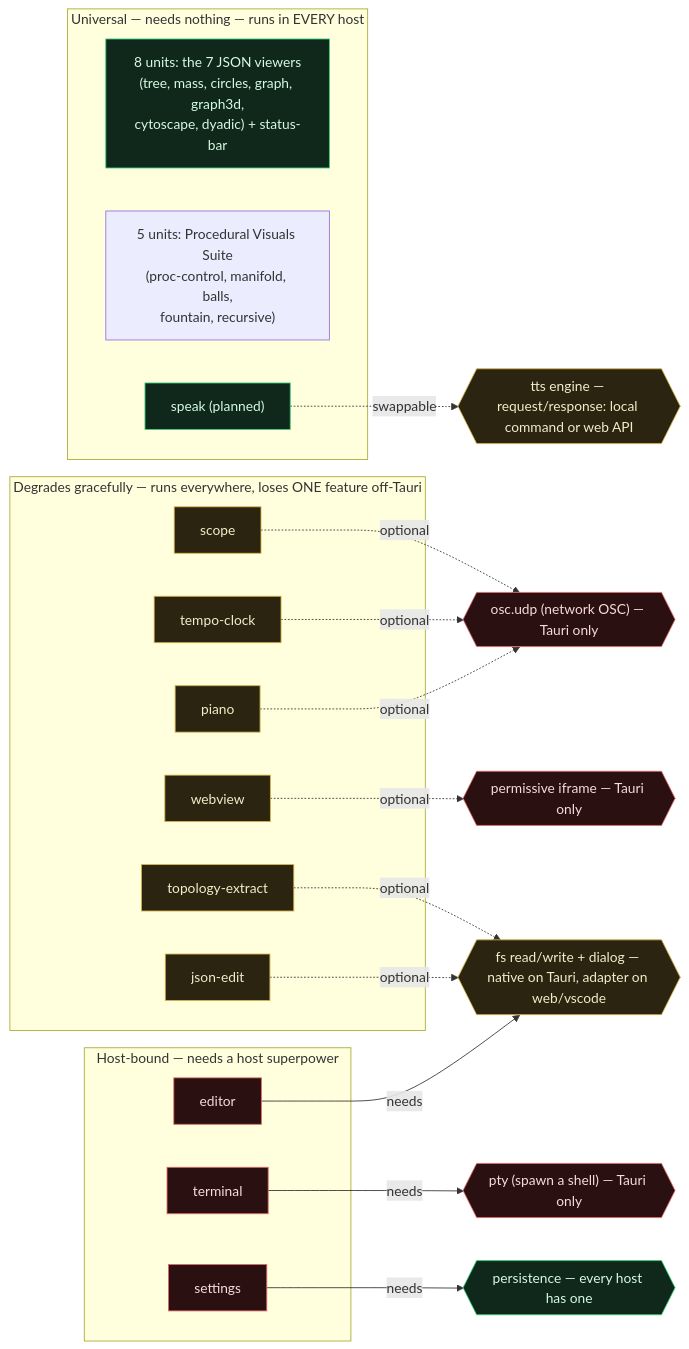
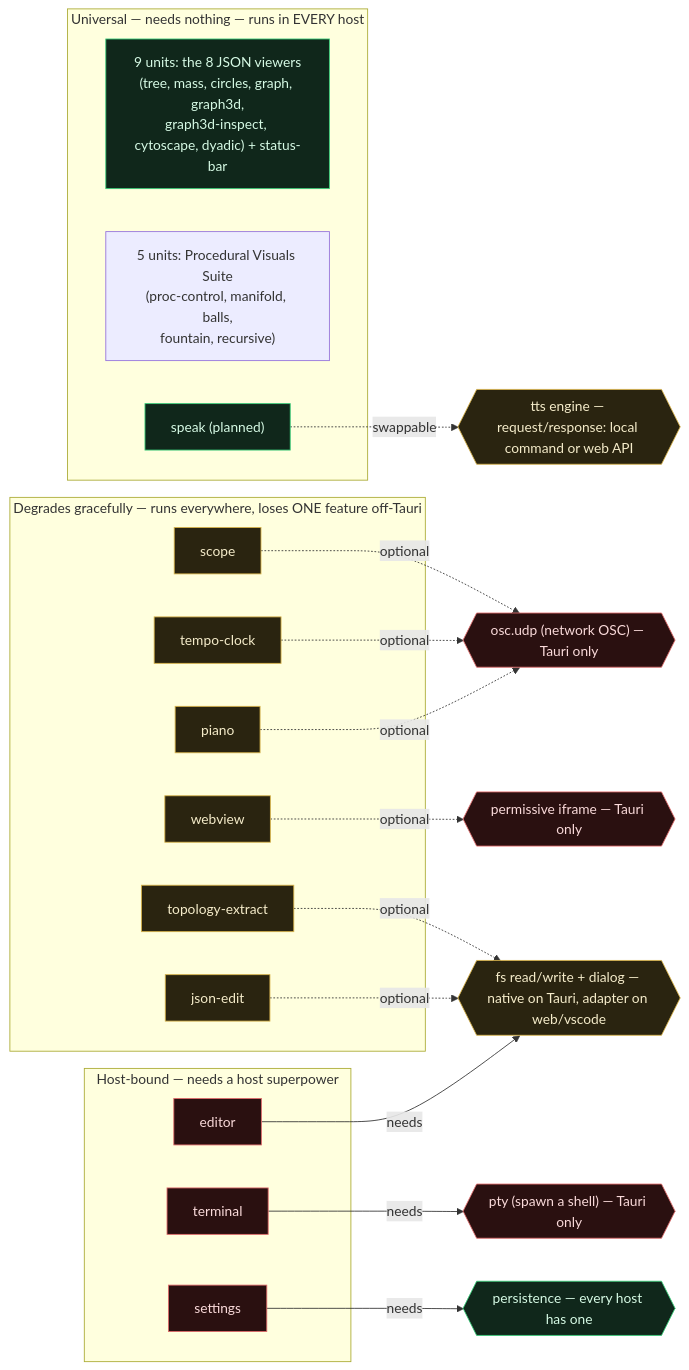
One commit to halapenyoharry/exoskeleton changed the diagram in docs/panel-capability-map.md. Above: the diagram before and after it, drawn with Mermaid. The commit also changed other lines of this file and 14 other files, not shown here.

Commit message:
feat: add json-graph3d-inspect (3D-Inspect) — text-sprite nodes, category colors, containment hulls; fix empty 'always' labels on TopoThink spokes in json-graph3d

````diff
--- a/docs/panel-capability-map.md
+++ b/docs/panel-capability-map.md
@@ -15,54 +15,54 @@
 ```mermaid
 flowchart LR
   subgraph PORTABLE["Universal — needs nothing — runs in EVERY host"]
-    U["8 units: the 7 JSON viewers<br/>(tree, mass, circles, graph, graph3d,<br/>cytoscape, dyadic) + status-bar"]
+    U["9 units: the 8 JSON viewers<br/>(tree, mass, circles, graph, graph3d,<br/>graph3d-inspect, cytoscape, dyadic) + status-bar"]
     Proc["5 units: Procedural Visuals Suite<br/>(proc-control, manifold, balls,<br/>fountain, recursive)"]
     Speak["speak (planned)"]
   end
 
   subgraph DEGRADE["Degrades gracefully — runs everywhere, loses ONE feature off-Tauri"]
     Piano["piano"]
     Clock["tempo-clock"]
     Scope["scope"]
     JsonEdit["json-edit"]
     Webview["webview"]
     TopoExtract["topology-extract"]
   end
 
   subgraph HOSTBOUND["Host-bound — needs a host superpower"]
     Terminal["terminal"]
     Editor["editor"]
     Settings["settings"]
   end
 
   PTY{{"pty (spawn a shell) — Tauri only"}}
   OSCUDP{{"osc.udp (network OSC) — Tauri only"}}
   IFRAME{{"permissive iframe — Tauri only"}}
   FS{{"fs read/write + dialog — native on Tauri, adapter on web/vscode"}}
   PERSIST{{"persistence — every host has one"}}
   TTS{{"tts engine — request/response: local command or web API"}}
 
   Terminal -->|needs| PTY
   Editor -->|needs| FS
   Settings -->|needs| PERSIST
   JsonEdit -.optional.-> FS
   Piano -.optional.-> OSCUDP
   Clock -.optional.-> OSCUDP
   Scope -.optional.-> OSCUDP
   Webview -.optional.-> IFRAME
   TopoExtract -.optional.-> FS
   Speak -.swappable.-> TTS
 
   classDef portable fill:#10271b,stroke:#39cf7a,color:#d6fae5;
   classDef degrade fill:#2a2410,stroke:#d8b34a,color:#f5ecca;
   classDef bound fill:#2a1010,stroke:#e06a6a,color:#fadada;
   classDef capTauri fill:#2a1010,stroke:#e06a6a,color:#fadada;
   classDef capAny fill:#10271b,stroke:#39cf7a,color:#d6fae5;
   classDef capAdapt fill:#2a2410,stroke:#d8b34a,color:#f5ecca;
   class U,Speak portable;
   class Piano,Clock,Scope,JsonEdit,Webview,TopoExtract degrade;
   class Terminal,Editor,Settings bound;
   class PTY,OSCUDP,IFRAME capTauri;
   class PERSIST capAny;
   class FS,TTS capAdapt;
 ```
````
